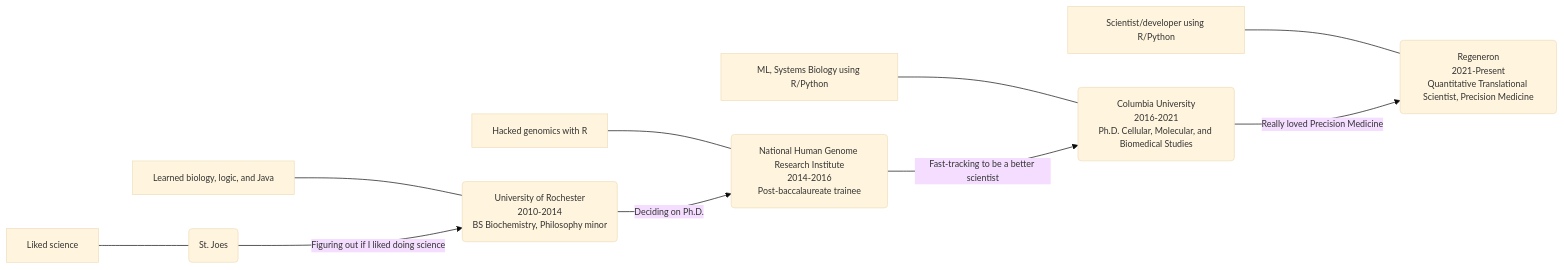
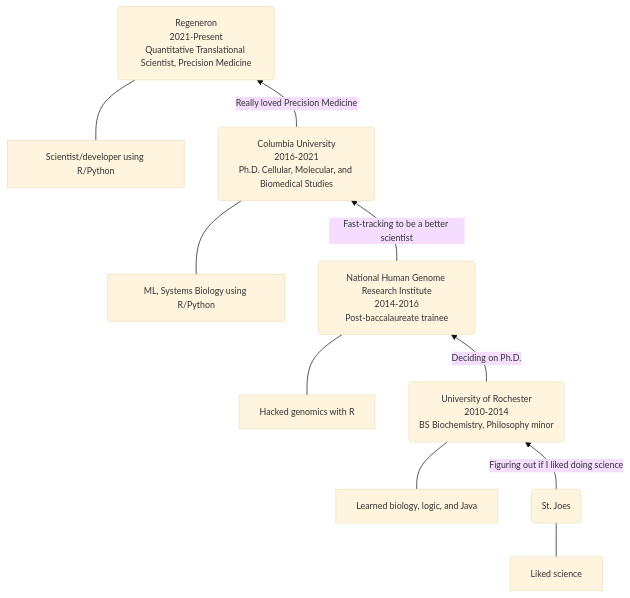
Before and after one commit to ngiangre/ngiangre.github.io: the diagram in content/about/index.qmd, drawn with Mermaid. The commit also changed 3 other files, not shown here.

Commit message:
BT mermaid diagram

````diff
--- a/content/about/index.qmd
+++ b/content/about/index.qmd
@@ -38,19 +38,19 @@
 ```{mermaid}
 %%| label: fig-mermaid-flowchart
 %%| fig-cap: Education and experience timeline
 
 %%{init: {'theme': 'base', 'sequence':{'useMaxWidth': false}, 'themeVariables': { 'fontSize': '13px', 'fontFamily': 'Inter', 'wrap': true}}}%%
 
-flowchart LR
+flowchart BT
   HSCoding[Liked science] --- HS
   CollegeCoding[Learned biology, logic, and Java] --- College
   PostbacCoding[Hacked genomics with R] --- Postbac
   PhdCoding[ML, Systems Biology using R/Python] --- Phd
   JobCoding[Scientist/developer using R/Python] --- Job
 
   HS(St. Joes) -- Figuring out if I liked doing science --> College(University of Rochester<br>2010-2014<br>BS Biochemistry, Philosophy minor)
   College -- Deciding on Ph.D. --> Postbac(National Human Genome Research Institute<br>2014-2016<br>Post-baccalaureate trainee)
   Postbac -- Fast-tracking to be a better scientist --> Phd(Columbia University<br>2016-2021<br>Ph.D. Cellular, Molecular, and Biomedical Studies)
   Phd -- Really loved Precision Medicine -->  Job(Regeneron<br>2021-Present<br>Quantitative Translational Scientist, Precision Medicine)
  
 ```
````
